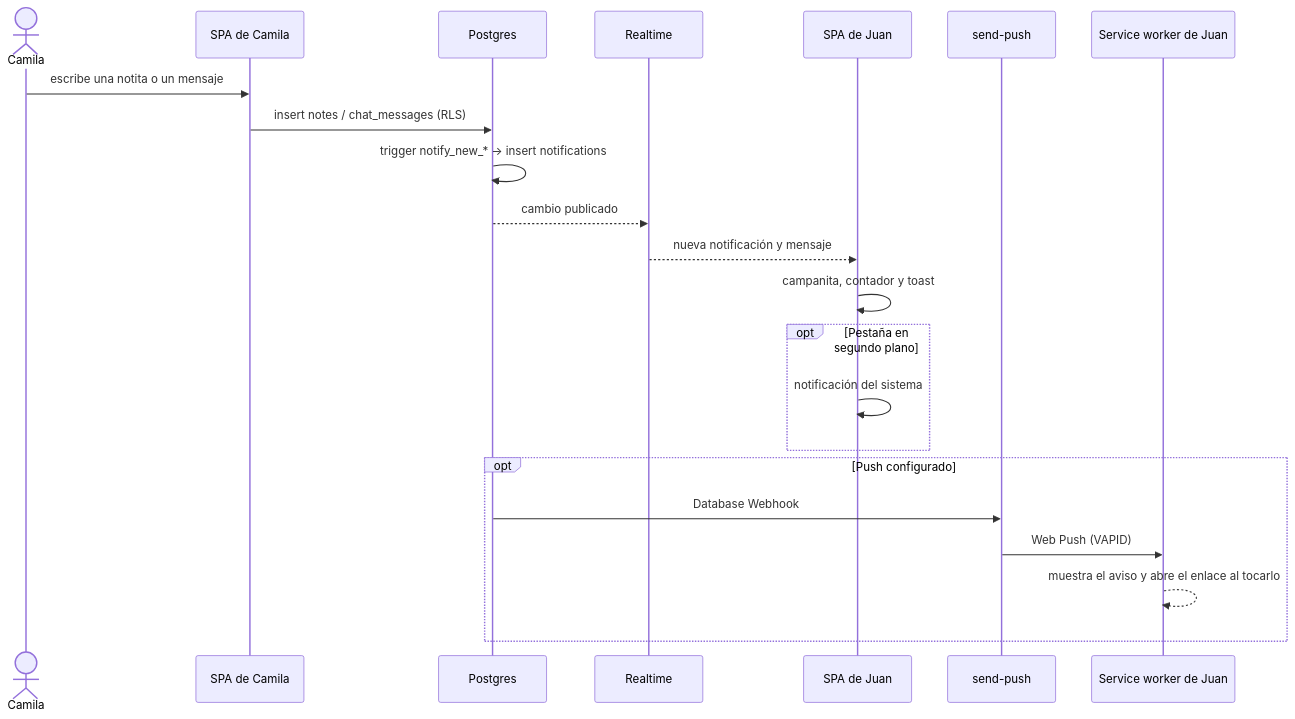
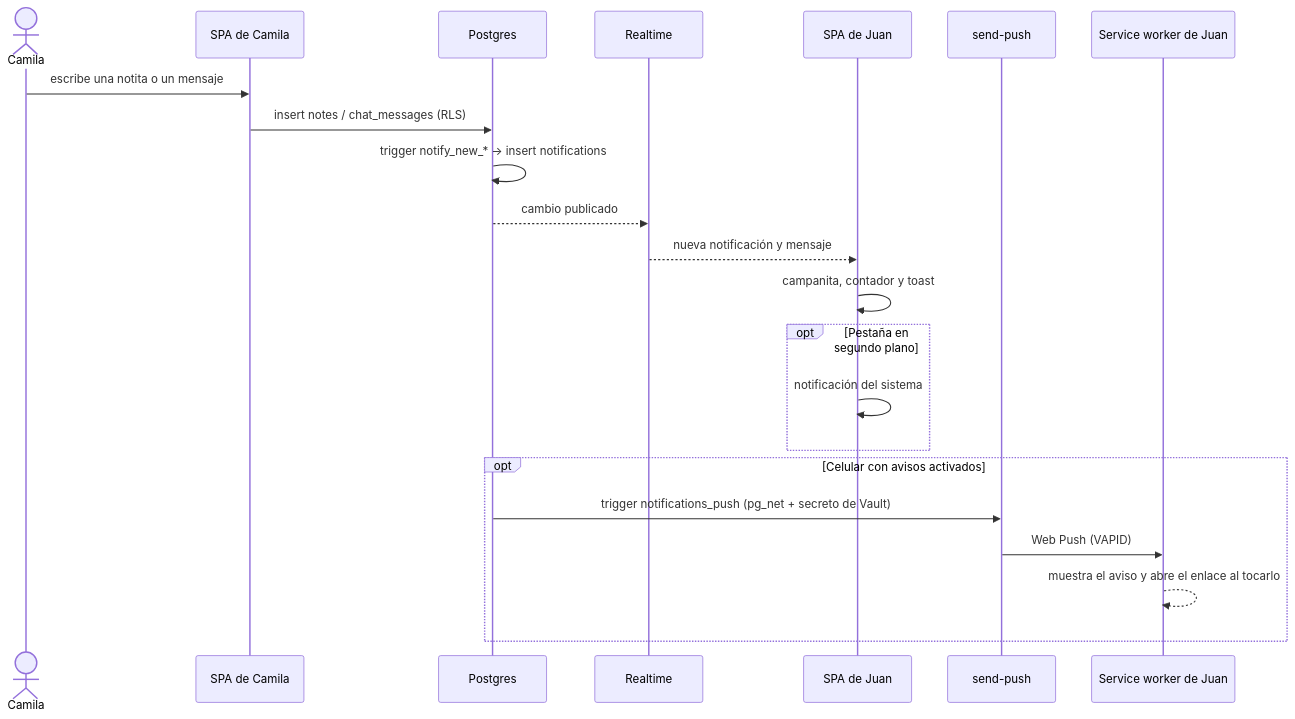
One commit to Juan-Carlos-Estevez-Vargas/Camila-Sanchez changed the eighth of 16 diagrams in docs/DIAGRAMAS.md. Above: the diagram before and after it, drawn with Mermaid. The commit also changed other lines of this file and 3 other files, not shown here.

Commit message:
docs: avisos en el celular

````diff
--- a/docs/DIAGRAMAS.md
+++ b/docs/DIAGRAMAS.md
@@ -201,25 +201,25 @@
 ```mermaid
 sequenceDiagram
   actor C as Camila
   participant A as SPA de Camila
   participant DB as Postgres
   participant RT as Realtime
   participant B as SPA de Juan
   participant SP as send-push
   participant SW as Service worker de Juan
 
   C->>A: escribe una notita o un mensaje
   A->>DB: insert notes / chat_messages (RLS)
   DB->>DB: trigger notify_new_* → insert notifications
   DB-->>RT: cambio publicado
   RT-->>B: nueva notificación y mensaje
   B->>B: campanita, contador y toast
   opt Pestaña en segundo plano
     B->>B: notificación del sistema
   end
-  opt Push configurado
-    DB->>SP: Database Webhook
+  opt Celular con avisos activados
+    DB->>SP: trigger notifications_push (pg_net + secreto de Vault)
     SP->>SW: Web Push (VAPID)
     SW-->>SW: muestra el aviso y abre el enlace al tocarlo
   end
 ```
````
